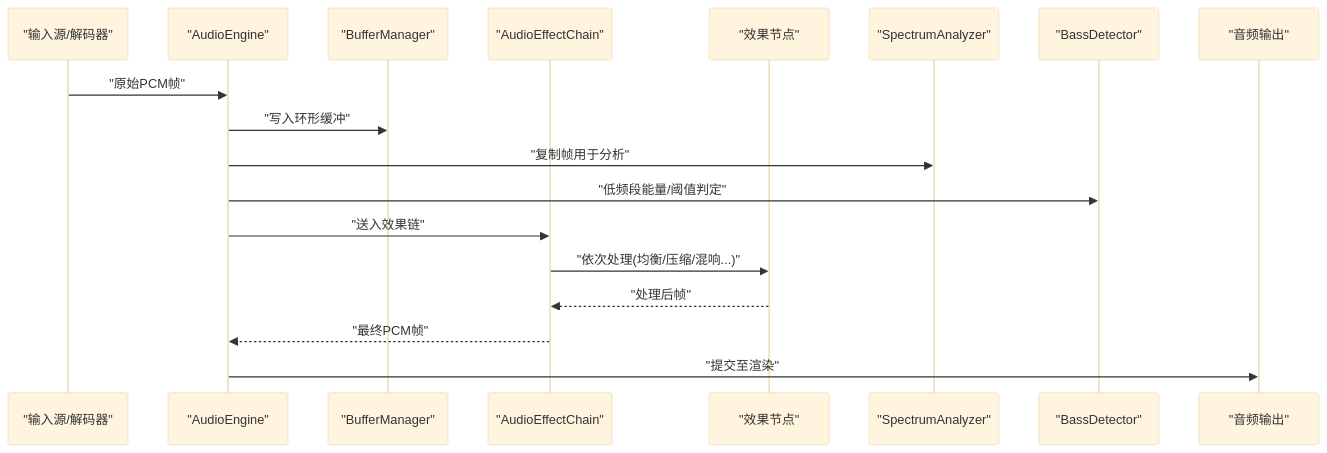
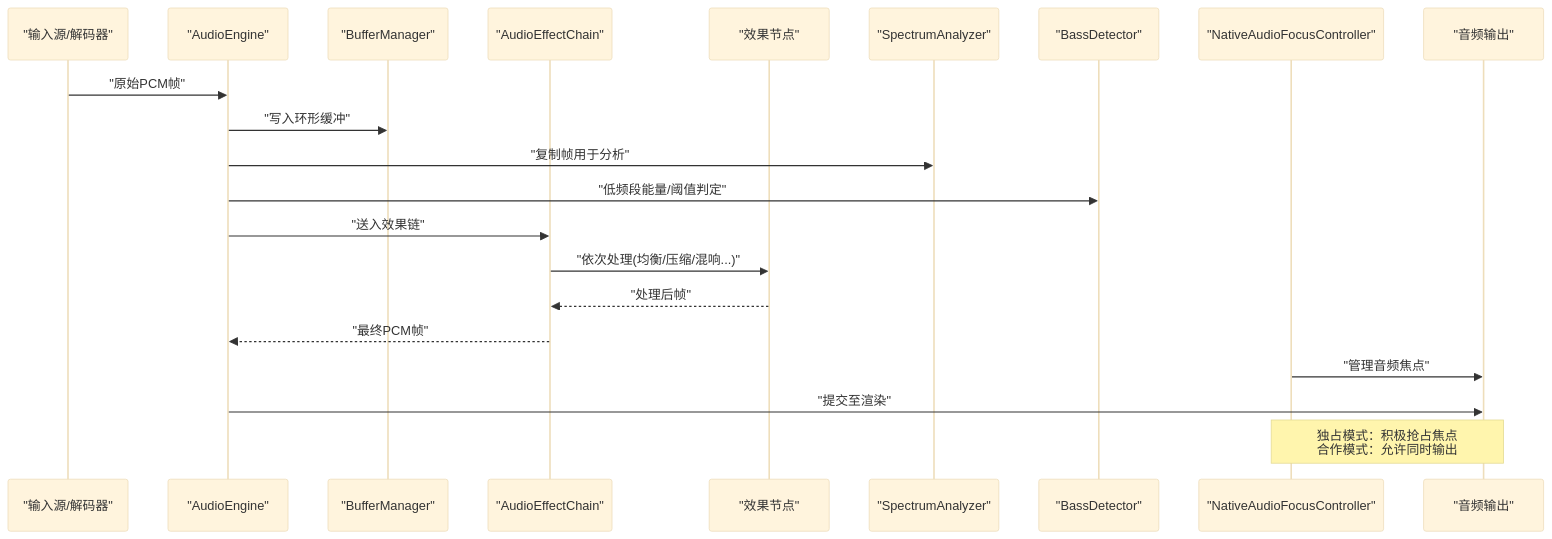
Before and after one commit to ysyhlly/Yukine-android: the second of 10 diagrams in .qoder/repowiki/zh/content/播放系统/音频处理管道.md, drawn with Mermaid (base theme). The commit also changed other lines of this file and 254 other files, not shown here.

````diff
--- a/.qoder/repowiki/zh/content/播放系统/音频处理管道.md
+++ b/.qoder/repowiki/zh/content/播放系统/音频处理管道.md
@@ -398,20 +411,23 @@
 ```mermaid
 sequenceDiagram
 participant Src as "输入源/解码器"
 participant Eng as "AudioEngine"
 participant Buf as "BufferManager"
 participant Chain as "AudioEffectChain"
 participant FX as "效果节点"
 participant Ana as "SpectrumAnalyzer"
 participant Bass as "BassDetector"
+participant Focus as "NativeAudioFocusController"
 participant Out as "音频输出"
 Src->>Eng : "原始PCM帧"
 Eng->>Buf : "写入环形缓冲"
 Eng->>Ana : "复制帧用于分析"
 Eng->>Bass : "低频段能量/阈值判定"
 Eng->>Chain : "送入效果链"
 Chain->>FX : "依次处理(均衡/压缩/混响...)"
 FX-->>Chain : "处理后帧"
 Chain-->>Eng : "最终PCM帧"
+Focus->>Out : "管理音频焦点"
 Eng->>Out : "提交至渲染"
+Note over Focus,Out : 独占模式：积极抢占焦点<br/>合作模式：允许同时输出
 ```
````
